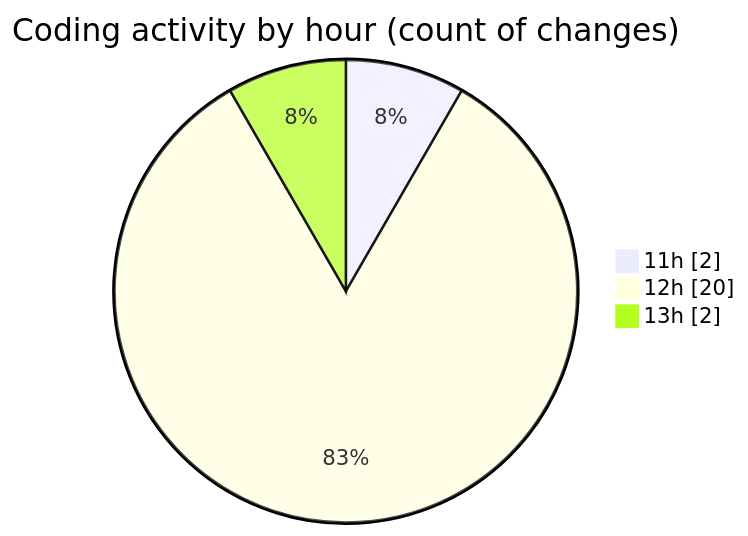
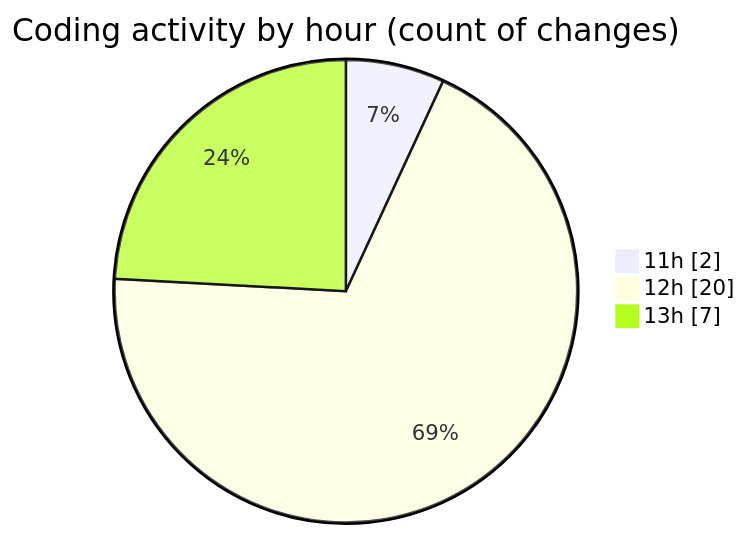
The second of 2 diagrams in 2025-10-05/laravel-penyewaan-lapangan-futsal/README.md (idhammustaqopulfikri/code-tracking), drawn with Mermaid before and after one commit. The commit also changed other lines of this file and 1 other file, not shown here.

````diff
--- a/2025-10-05/laravel-penyewaan-lapangan-futsal/README.md
+++ b/2025-10-05/laravel-penyewaan-lapangan-futsal/README.md
@@ -37,7 +37,7 @@
 ```mermaid
 pie showData
 title Coding activity by hour (count of changes)
 "11h" : 2
 "12h" : 20
-"13h" : 2
+"13h" : 7
 ```
````
